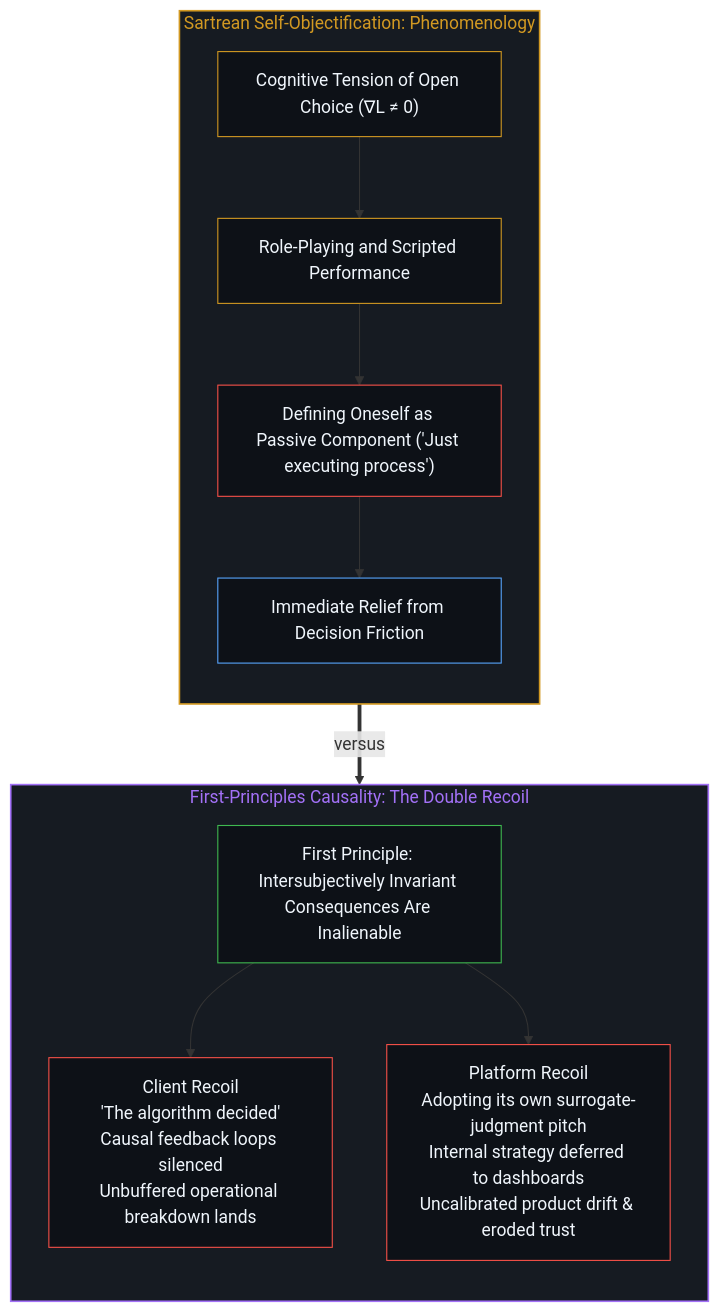
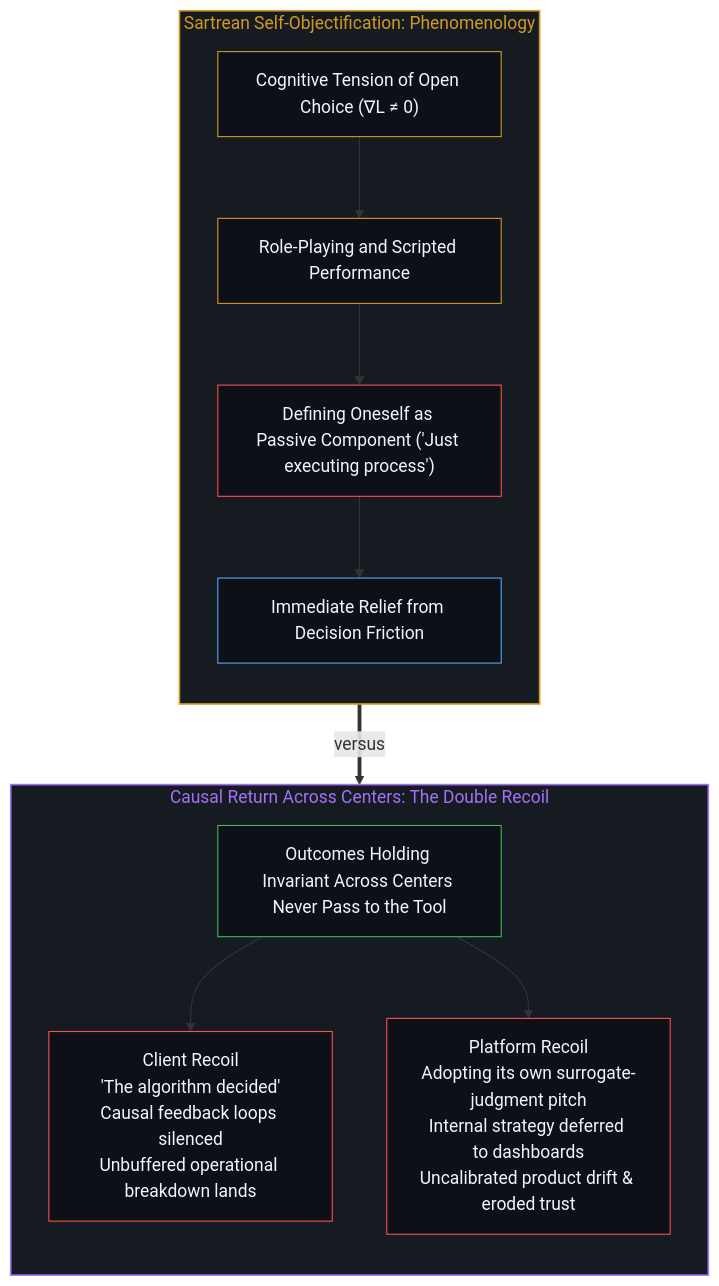
One commit to powerpig99/not-a-toe changed the eighth of 12 diagrams in content/posts/the-delegation-of-the-task-and-the-inalienability-of-consequences.md. Above: the diagram before and after it, drawn with Mermaid. The commit also changed other lines of this file and 12 other files, not shown here.

````diff
--- a/content/posts/the-delegation-of-the-task-and-the-inalienability-of-consequences.md
+++ b/content/posts/the-delegation-of-the-task-and-the-inalienability-of-consequences.md
@@ -251,25 +251,25 @@
 ```mermaid
 flowchart TD
     subgraph S_Sartre["Sartrean Self-Objectification: Phenomenology"]
         direction TB
         S1["Cognitive Tension of Open Choice (∇L ≠ 0)"] --> S2["Role-Playing and Scripted Performance"]
         S2 --> S3["Defining Oneself as Passive Component ('Just executing process')"]
         S3 --> S4["Immediate Relief from Decision Friction"]
     end
-    subgraph S_FirstPrinciples["First-Principles Causality: The Double Recoil"]
+    subgraph S_FirstPrinciples["Causal Return Across Centers: The Double Recoil"]
         direction TB
-        C_Origin["First Principle: Intersubjectively Invariant Consequences Are Inalienable"]
+        C_Origin["Outcomes Holding Invariant Across Centers Never Pass to the Tool"]
         C_Origin --> B_Client["Client Recoil<br/>'The algorithm decided'<br/>Causal feedback loops silenced<br/>Unbuffered operational breakdown lands"]
         C_Origin --> B_Platform["Platform Recoil<br/>Adopting its own surrogate-judgment pitch<br/>Internal strategy deferred to dashboards<br/>Uncalibrated product drift & eroded trust"]
     end
     S_Sartre ==>|"versus"| S_FirstPrinciples
     style S_Sartre fill:#161b22,stroke:#d29922,stroke-width:1.5px,color:#d29922
     style S_FirstPrinciples fill:#161b22,stroke:#a371f7,stroke-width:1.5px,color:#a371f7
     style S1 fill:#0d1117,stroke:#d29922,stroke-width:1px,color:#f0f6fc
     style S2 fill:#0d1117,stroke:#d29922,stroke-width:1px,color:#f0f6fc
     style S3 fill:#0d1117,stroke:#f85149,stroke-width:1px,color:#f0f6fc
     style S4 fill:#0d1117,stroke:#58a6ff,stroke-width:1px,color:#f0f6fc
     style C_Origin fill:#0d1117,stroke:#3fb950,stroke-width:1px,color:#f0f6fc
     style B_Client fill:#0d1117,stroke:#f85149,stroke-width:1px,color:#f0f6fc
     style B_Platform fill:#0d1117,stroke:#f85149,stroke-width:1px,color:#f0f6fc
 ```
````
